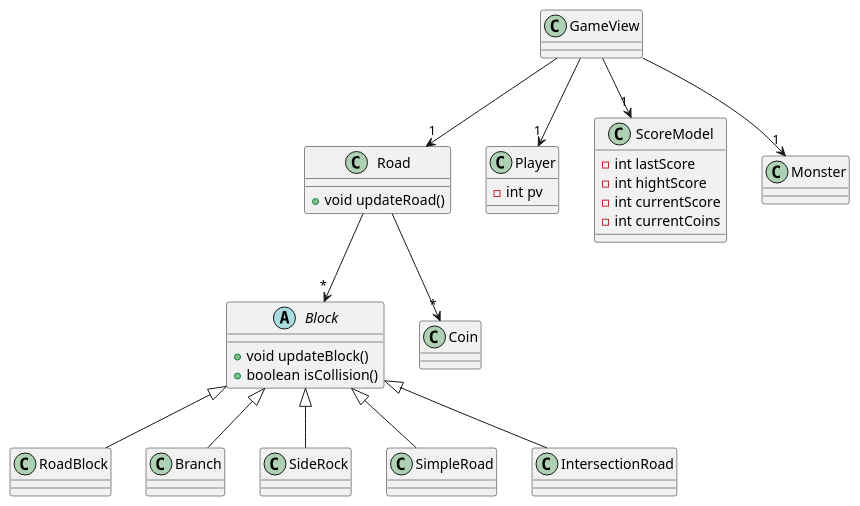
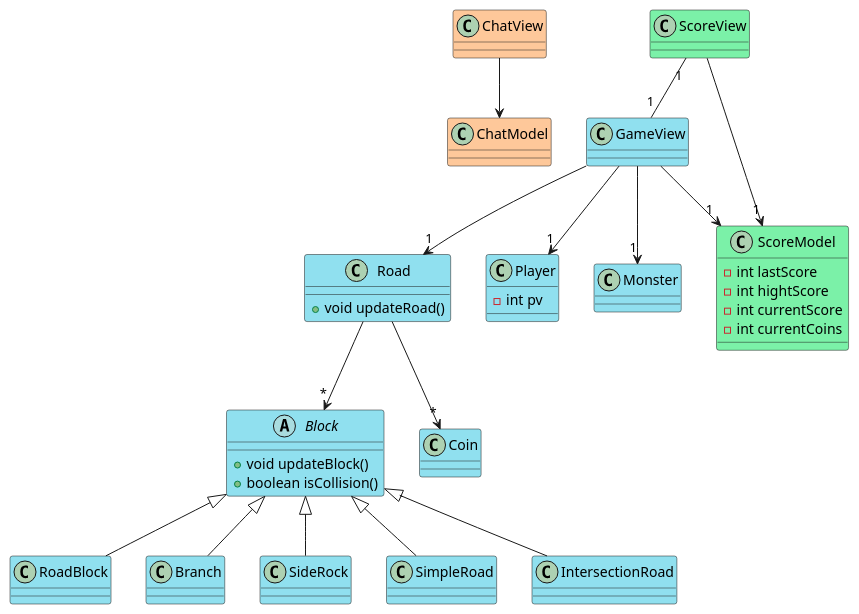
One commit to carowin/TempleRunner changed the diagram in assets/uml.wsd. Above: the diagram before and after it, drawn with PlantUML.

Commit message:
Ajout Code couleur

```diff
--- a/assets/uml.wsd
+++ b/assets/uml.wsd
@@ -1,36 +1,61 @@
 @startuml uml
+class ChatView #fec89a {}
 
-abstract class Block  {
+class ChatModel #fec89a {}
+ChatView --> ChatModel
+abstract class Block #90e0ef {
+	
 	+void updateBlock()
 	+boolean isCollision()
 }
 
-class Road {
+class Road #90e0ef{
 	+void updateRoad()
 }
-class Player {
+class Player #90e0ef {
 	-int pv
 }
+class Monster #90e0ef {}
 
-class ScoreModel{
+class GameView #90e0ef {}
+
+class Coin #90e0ef {}
+
+class RoadBlock #90e0ef {}
+
+class Branch #90e0ef {}
+
+class SideRock #90e0ef {}
+
+class SimpleRoad #90e0ef {}
+
+class IntersectionRoad #90e0ef {}
+
+class ScoreView #7bf1a8 {}
+
+class ScoreModel #7bf1a8 {
 	-int lastScore
     -int hightScore
    	-int currentScore
     -int currentCoins 
 }
 
-GameView -->  "1" Road
+
+
+GameView   -->  "1" Road
 GameView -->  "1" ScoreModel
 GameView --> "1" Player
 GameView --> "1" Monster
+ScoreView "1" -- "1" GameView
+ScoreView  --> "1" ScoreModel
 
 Road --> "*" Coin
 Road  --> "*"  Block
 
 Block <|--  RoadBlock 
 Block <|--  Branch
 Block <|--  SideRock
 Block <|--  SimpleRoad
 Block <|-- IntersectionRoad
 
 @enduml
```
